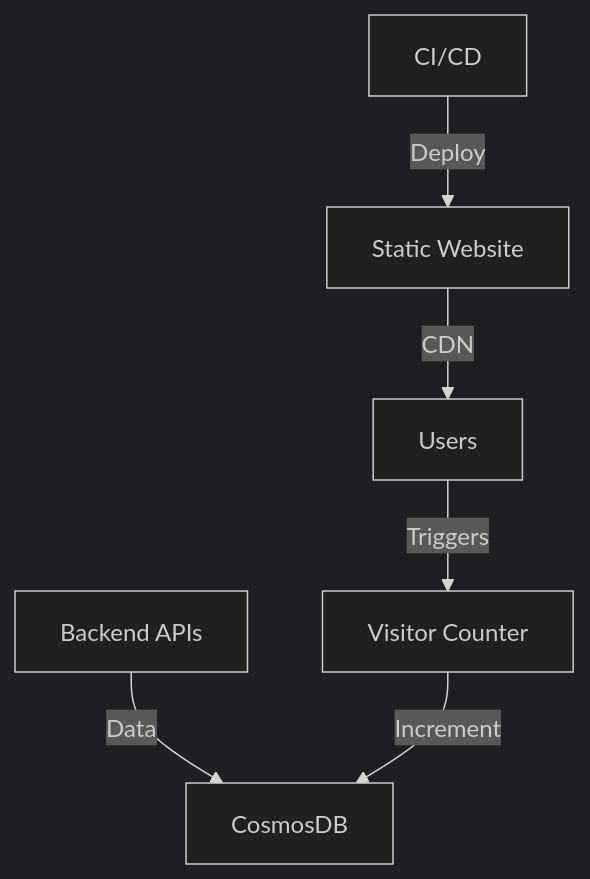
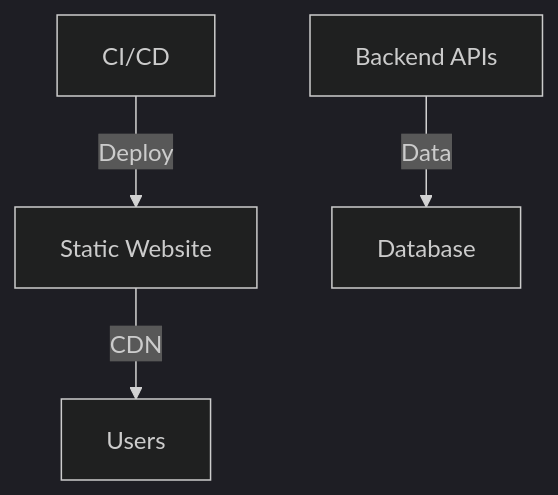
The first of 3 diagrams in README.md (saddavi/Talha-CloudResumeChallenge), drawn with Mermaid (dark theme) before and after one commit. The commit also changed other lines of this file, not shown here.

````diff
--- a/README.md
+++ b/README.md
@@ -100,8 +27,6 @@
 ```mermaid
 graph TD
     A[Static Website] -->|CDN| B[Users]
     C[Backend APIs] -->|Data| D[Database]
     E[CI/CD] -->|Deploy| A
-    F[Visitor Counter] -->|Increment| D[CosmosDB]
-    B -->|Triggers| F
 ```
````
